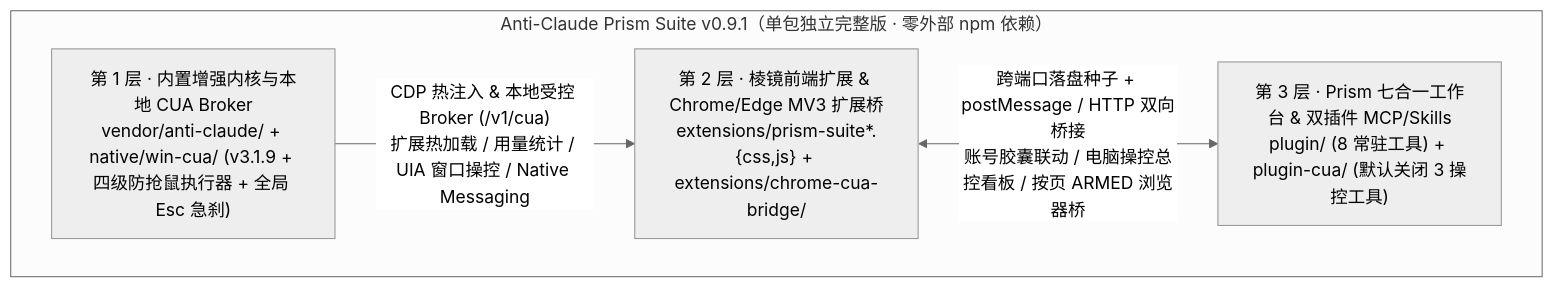
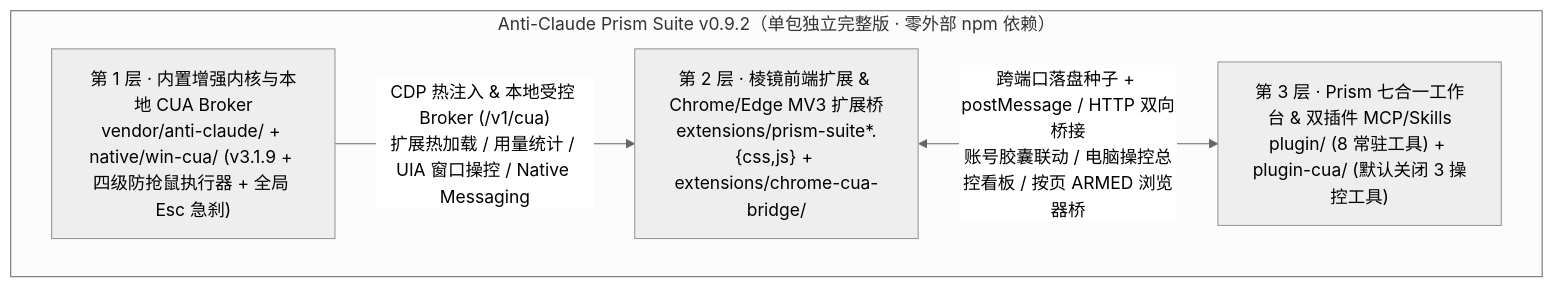
Before and after one commit to wushuai0802/anti-claude-prism-suite: the diagram in README.md, drawn with Mermaid (neutral theme). The commit also changed other lines of this file and 28 other files, not shown here.

Commit message:
feat(ux): v0.9.2 holistic product architecture, 8-palette workbench sync, GPU border beam & unified popovers

````diff
--- a/README.md
+++ b/README.md
@@ -116,11 +116,11 @@
 ```mermaid
 flowchart TB
-  subgraph PKG["Anti-Claude Prism Suite v0.9.1（单包独立完整版 · 零外部 npm 依赖）"]
+  subgraph PKG["Anti-Claude Prism Suite v0.9.2（单包独立完整版 · 零外部 npm 依赖）"]
     K["第 1 层 · 内置增强内核与本地 CUA Broker<br/>vendor/anti-claude/ + native/win-cua/ (v3.1.9 + 四级防抢鼠执行器 + 全局 Esc 急刹)"]
     E["第 2 层 · 棱镜前端扩展 & Chrome/Edge MV3 扩展桥<br/>extensions/prism-suite*.{css,js} + extensions/chrome-cua-bridge/"]
     P["第 3 层 · Prism 七合一工作台 & 双插件 MCP/Skills<br/>plugin/ (8 常驻工具) + plugin-cua/ (默认关闭 3 操控工具)"]
   end
 
   K -->|"CDP 热注入 & 本地受控 Broker (/v1/cua)<br/>扩展热加载 / 用量统计 / UIA 窗口操控 / Native Messaging"| E
   E <-->|"跨端口落盘种子 + postMessage / HTTP 双向桥接<br/>账号胶囊联动 / 电脑操控总控看板 / 按页 ARMED 浏览器桥"| P
 ```
````
